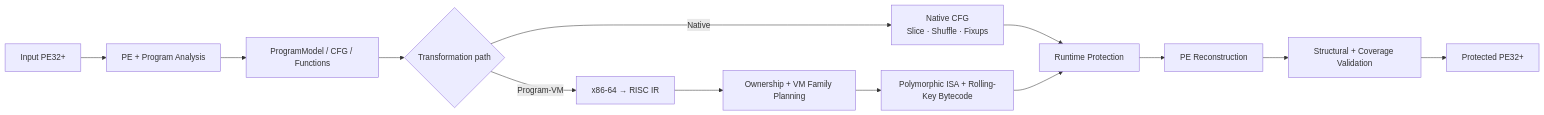
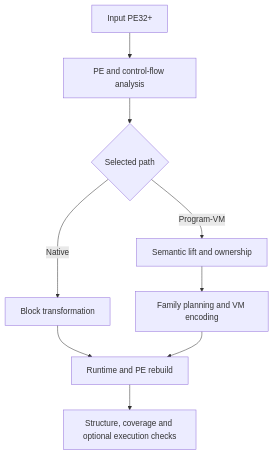
One commit to uzokingkong/BTG-packer changed the diagram in README.md. Above: the diagram before and after it, drawn with Mermaid. The commit also changed other lines of this file, not shown here.

````diff
--- a/README.md
+++ b/README.md
@@ -44,18 +24,11 @@
 ```mermaid
-flowchart LR
-    A["Input PE32+"] --> B["PE + Program Analysis"]
-    B --> C["ProgramModel / CFG / Functions"]
-    C --> D{"Transformation path"}
-
-    D -->|Native| E["Native CFG\nSlice · Shuffle · Fixups"]
-    D -->|Program-VM| F["x86-64 → RISC IR"]
-
-    F --> G["Ownership + VM Family Planning"]
-    G --> H["Polymorphic ISA + Rolling-Key Bytecode"]
-
-    E --> I["Runtime Protection"]
-    H --> I
-    I --> J["PE Reconstruction"]
-    J --> K["Structural + Coverage Validation"]
-    K --> L["Protected PE32+"]
+flowchart TD
+    A["Input PE32+"] --> B["PE and control-flow analysis"]
+    B --> C{"Selected path"}
+    C -->|Native| D["Block transformation"]
+    C -->|Program-VM| E["Semantic lift and ownership"]
+    E --> F["Family planning and VM encoding"]
+    D --> G["Runtime and PE rebuild"]
+    F --> G
+    G --> H["Structure, coverage and optional execution checks"]
 ```
````
